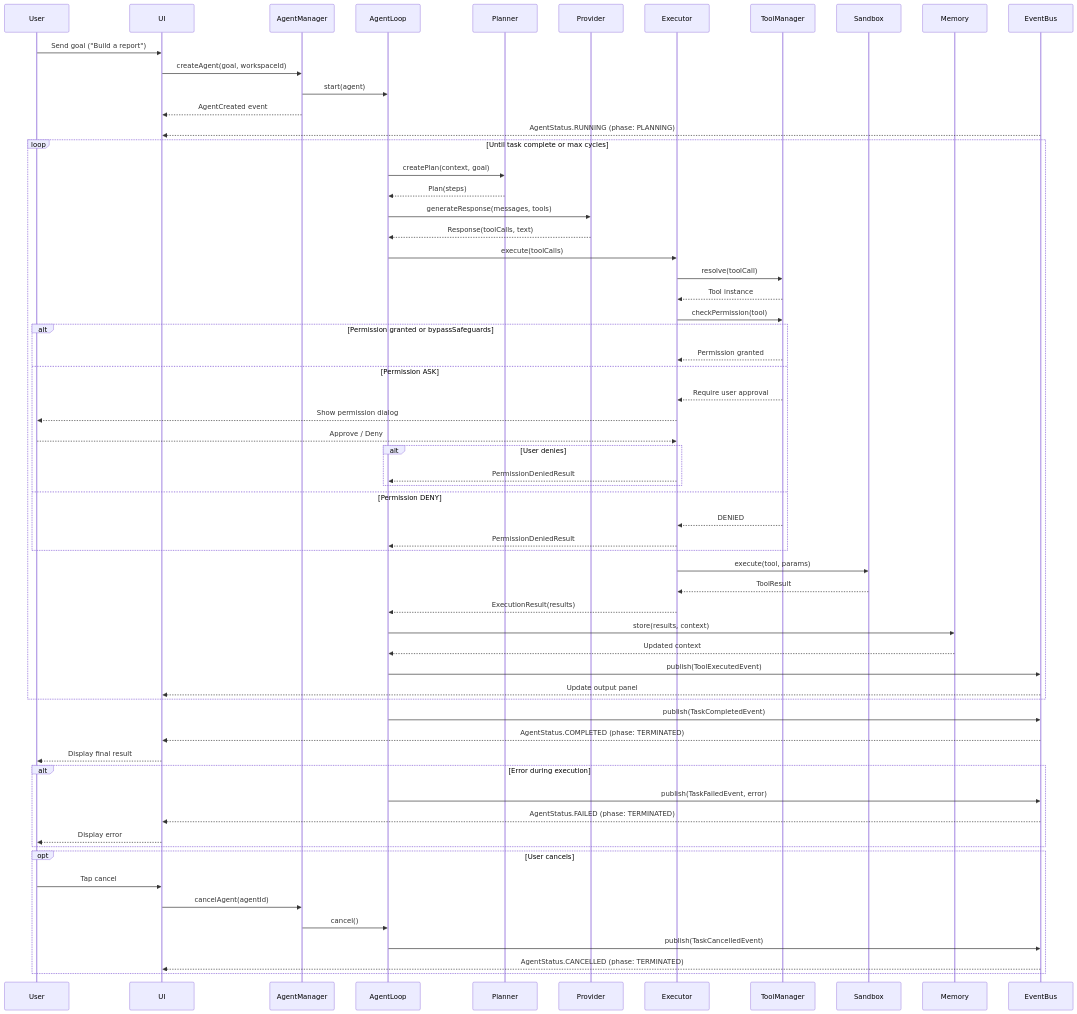
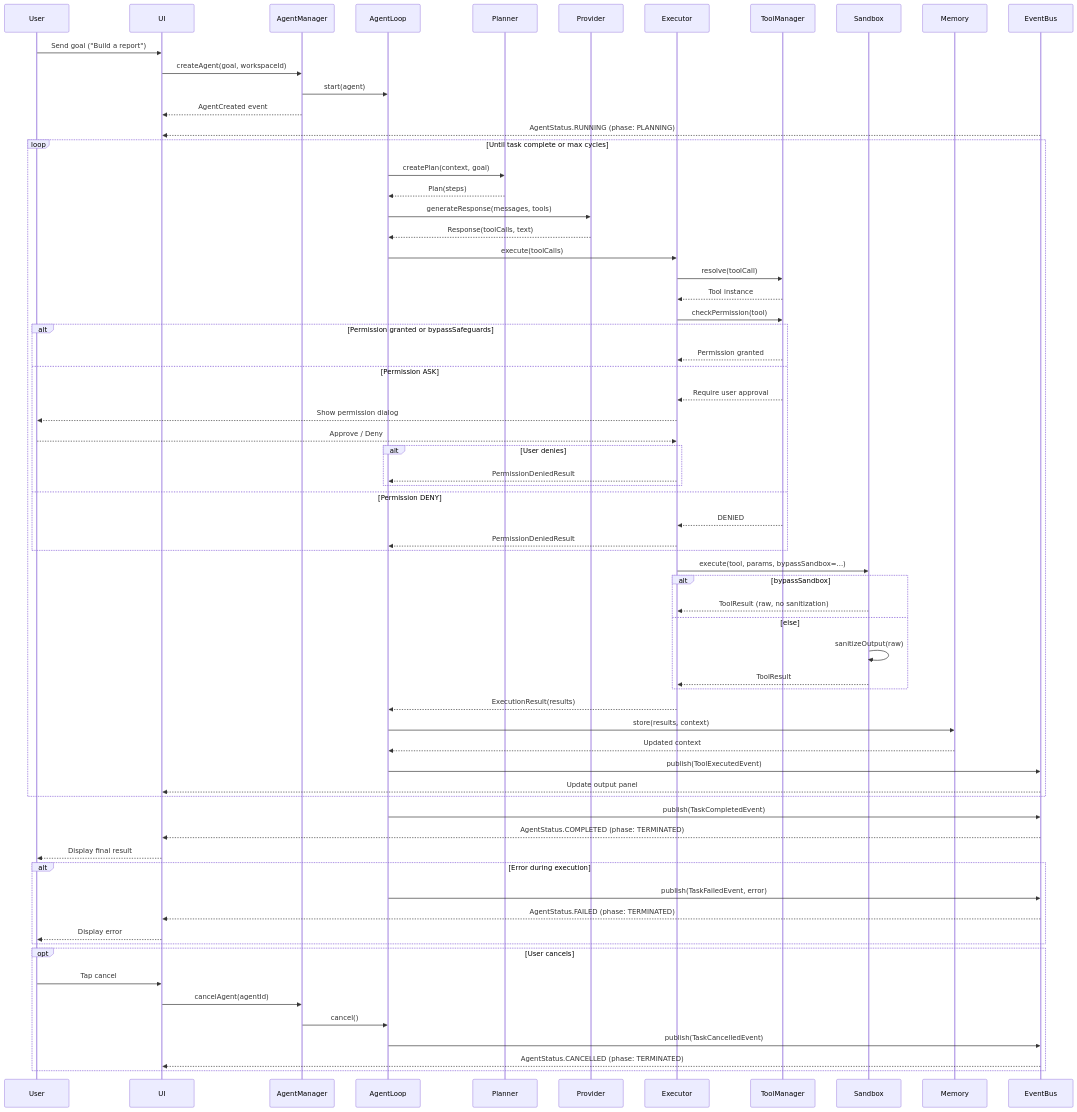
Before and after one commit to pavan53732/Nexora: the diagram in diagrams/Agent-Execution-Flow.md, drawn with Mermaid. The commit also changed 6 other files, not shown here.

First line of the commit message:
deepen: complete provider-side bypass, output sanitization bypass, and protocol alignment

```diff
--- a/diagrams/Agent-Execution-Flow.md
+++ b/diagrams/Agent-Execution-Flow.md
@@ -69,8 +69,14 @@
         Executor-->>AgentLoop: PermissionDeniedResult
     end
 
-        Executor->>Sandbox: execute(tool, params)
+        Executor->>Sandbox: execute(tool, params, bypassSandbox=...)
+
+    alt bypassSandbox
+        Sandbox-->>Executor: ToolResult (raw, no sanitization)
+    else else
+        Sandbox->>Sandbox: sanitizeOutput(raw)
         Sandbox-->>Executor: ToolResult
+    end
 
         Executor-->>AgentLoop: ExecutionResult(results)
 
```
